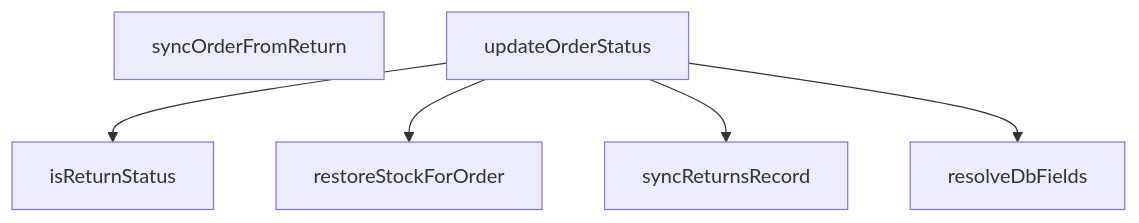
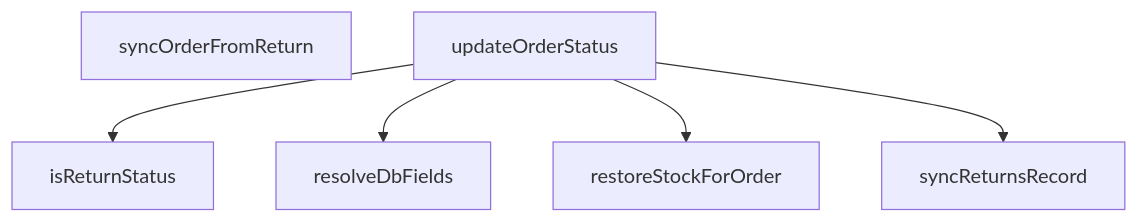
The diagram in src/lib/orderStatusService.md (peckop/venthub-hvac-esite), drawn with Mermaid before and after one commit. The commit also changed other lines of this file and 134 other files, not shown here.

````diff
--- a/src/lib/orderStatusService.md
+++ b/src/lib/orderStatusService.md
@@ -219,13 +219,13 @@
 ```mermaid
 graph TD
     orderStatusService_ts__isReturnStatus["isReturnStatus"]
     orderStatusService_ts__resolveDbFields["resolveDbFields"]
     orderStatusService_ts__restoreStockForOrder["restoreStockForOrder"]
     orderStatusService_ts__syncOrderFromReturn["syncOrderFromReturn"]
     orderStatusService_ts__syncReturnsRecord["syncReturnsRecord"]
     orderStatusService_ts__updateOrderStatus["updateOrderStatus"]
     orderStatusService_ts__updateOrderStatus --> orderStatusService_ts__isReturnStatus
+    orderStatusService_ts__updateOrderStatus --> orderStatusService_ts__resolveDbFields
     orderStatusService_ts__updateOrderStatus --> orderStatusService_ts__restoreStockForOrder
     orderStatusService_ts__updateOrderStatus --> orderStatusService_ts__syncReturnsRecord
-    orderStatusService_ts__updateOrderStatus --> orderStatusService_ts__resolveDbFields
 ```
````
